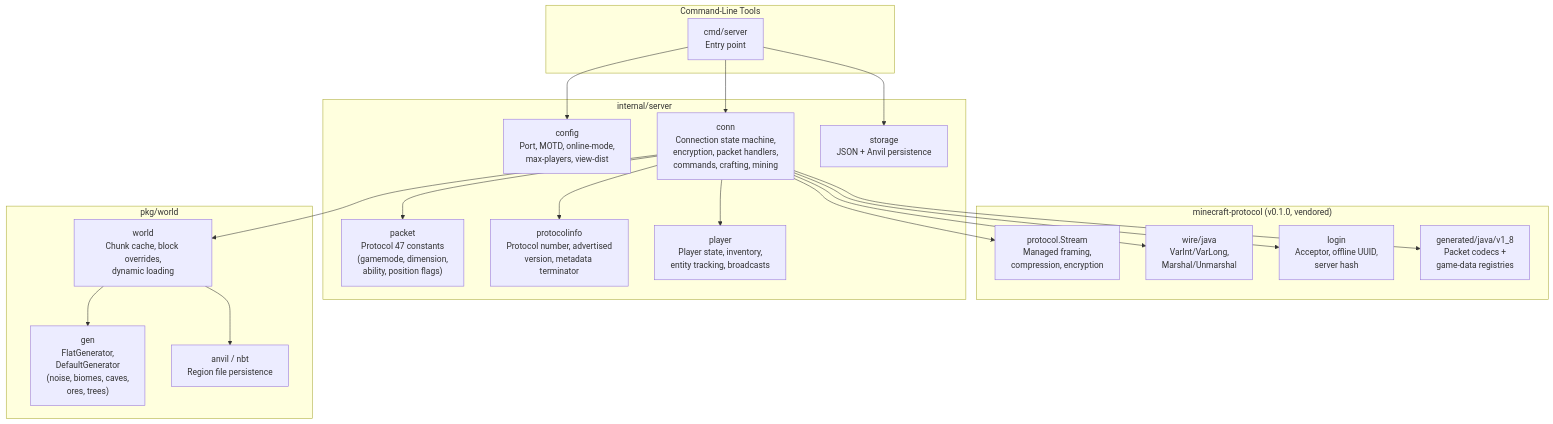
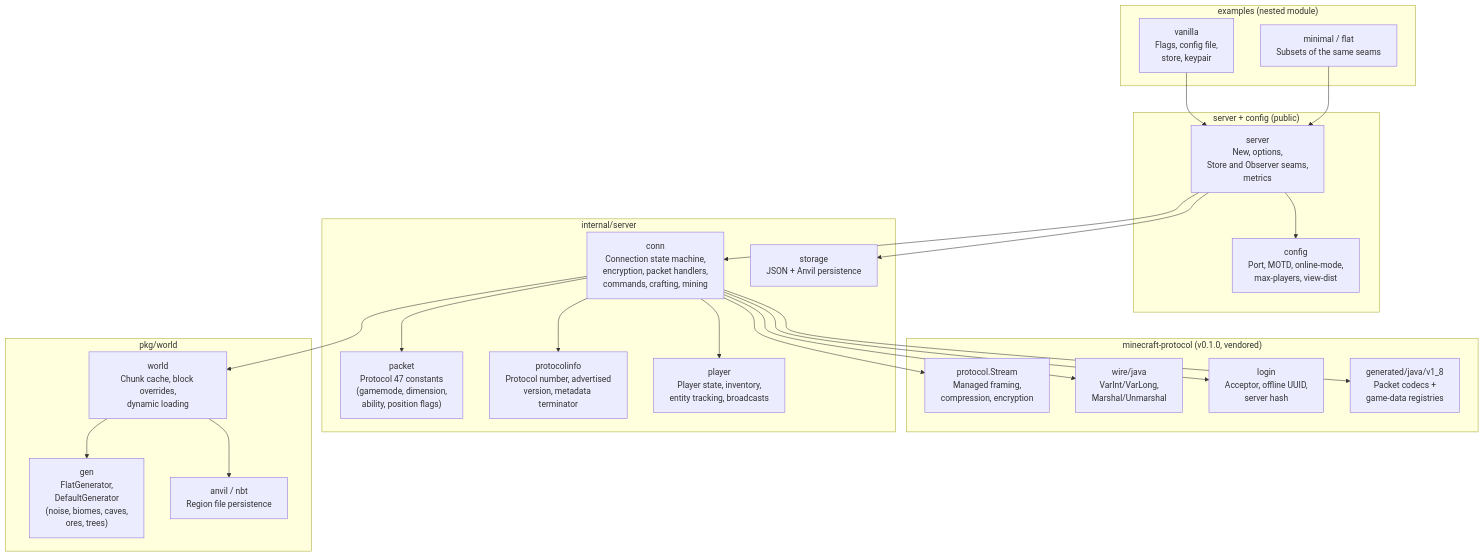
The first of 4 diagrams in README.md (go-theft-craft/server), drawn with Mermaid before and after one commit. The commit also changed other lines of this file and 1 other file, not shown here.

Commit message:
docs: record M11.1 and document the framework surface

````diff
--- a/README.md
+++ b/README.md
@@ -103,42 +152,49 @@
 ```mermaid
 graph TB
-    subgraph CLI["Command-Line Tools"]
-        SERVER["cmd/server<br/>Entry point"]
+    subgraph CLI["examples (nested module)"]
+        SERVER["vanilla<br/>Flags, config file,<br/>store, keypair"]
+        MINIMAL["minimal / flat<br/>Subsets of the same seams"]
     end
 
     subgraph Protocol["minecraft-protocol (v0.1.0, vendored)"]
         STREAM["protocol.Stream<br/>Managed framing,<br/>compression, encryption"]
         WIRE["wire/java<br/>VarInt/VarLong,<br/>Marshal/Unmarshal"]
         LOGIN["login<br/>Acceptor, offline UUID,<br/>server hash"]
         GENV18["generated/java/v1_8<br/>Packet codecs +<br/>game-data registries"]
     end
 
+    subgraph Framework["server + config (public)"]
+        FRAMEWORK["server<br/>New, options,<br/>Store and Observer seams,<br/>metrics"]
+        CONFIG["config<br/>Port, MOTD, online-mode,<br/>max-players, view-dist"]
+    end
+
     subgraph Server["internal/server"]
-        CONFIG["config<br/>Port, MOTD, online-mode,<br/>max-players, view-dist"]
         CONN["conn<br/>Connection state machine,<br/>encryption, packet handlers,<br/>commands, crafting, mining"]
         PACKET["packet<br/>Protocol 47 constants<br/>(gamemode, dimension,<br/>ability, position flags)"]
         PROTOINFO["protocolinfo<br/>Protocol number, advertised<br/>version, metadata terminator"]
         PLAYER["player<br/>Player state, inventory,<br/>entity tracking, broadcasts"]
         STORAGE["storage<br/>JSON + Anvil persistence"]
     end
 
     subgraph World["pkg/world"]
         WORLD["world<br/>Chunk cache, block overrides,<br/>dynamic loading"]
         GEN["gen<br/>FlatGenerator,<br/>DefaultGenerator<br/>(noise, biomes, caves,<br/>ores, trees)"]
         ANVIL["anvil / nbt<br/>Region file persistence"]
     end
 
-    SERVER --> CONFIG
-    SERVER --> CONN
-    SERVER --> STORAGE
+    SERVER --> FRAMEWORK
+    MINIMAL --> FRAMEWORK
+    FRAMEWORK --> CONFIG
+    FRAMEWORK --> CONN
+    FRAMEWORK --> STORAGE
     CONN --> STREAM
     CONN --> WIRE
     CONN --> LOGIN
     CONN --> GENV18
     CONN --> PACKET
     CONN --> PROTOINFO
     CONN --> PLAYER
     CONN --> WORLD
     WORLD --> GEN
     WORLD --> ANVIL
 ```
````
